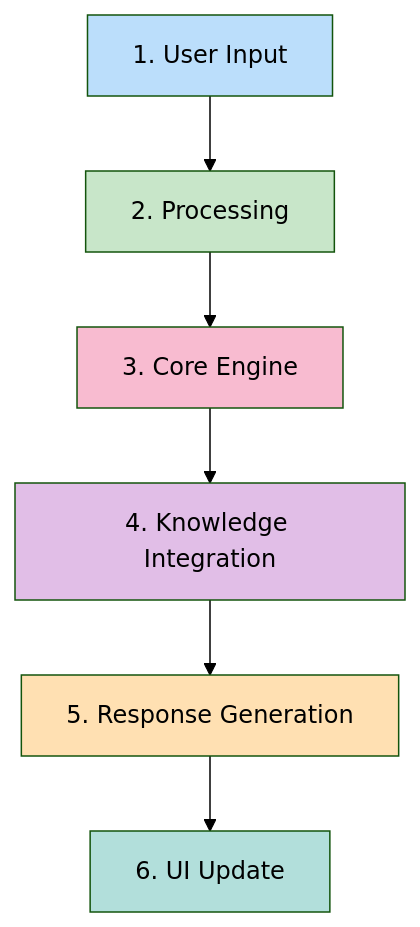
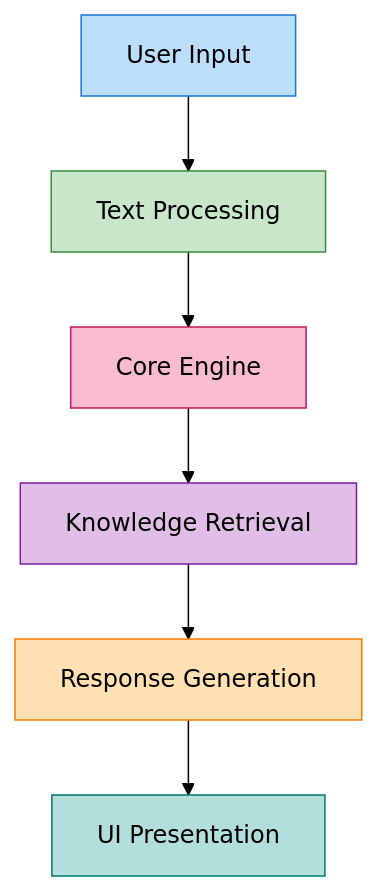
Before and after one commit to valyrian24052/Gyan-Setu: the fifth of 8 diagrams in UTTA.wiki/Architecture-Guide.md, drawn with Mermaid (forest theme). The commit also changed other lines of this file and 1 other file, not shown here.

First line of the commit message:
Enhance Architecture Guide with Comprehensive System Design and Flow Documentation

````diff
--- a/UTTA.wiki/Architecture-Guide.md
+++ b/UTTA.wiki/Architecture-Guide.md
@@ -106,15 +109,22 @@
 ```mermaid
-graph TB
-    Input[1. User Input] --> Process[2. Processing]
-    Process --> Engine[3. Core Engine]
-    Engine --> Knowledge[4. Knowledge Integration]
-    Knowledge --> Response[5. Response Generation]
-    Response --> UI[6. UI Update]
+flowchart TD
+    A[User Input] --> B[Text Processing]
+    B --> C[Core Engine]
+    C --> D[Knowledge Retrieval]
+    D --> E[Response Generation]
+    E --> F[UI Presentation]
 
-    style Input fill:#bbdefb
-    style Process fill:#c8e6c9
-    style Engine fill:#f8bbd0
-    style Knowledge fill:#e1bee7
-    style Response fill:#ffe0b2
-    style UI fill:#b2dfdb
+    classDef blue fill:#bbdefb,stroke:#1976d2
+    classDef green fill:#c8e6c9,stroke:#388e3c
+    classDef pink fill:#f8bbd0,stroke:#c2185b
+    classDef purple fill:#e1bee7,stroke:#7b1fa2
+    classDef orange fill:#ffe0b2,stroke:#f57c00
+    classDef teal fill:#b2dfdb,stroke:#00796b
+
+    class A blue
+    class B green
+    class C pink
+    class D purple
+    class E orange
+    class F teal
 ```
````
